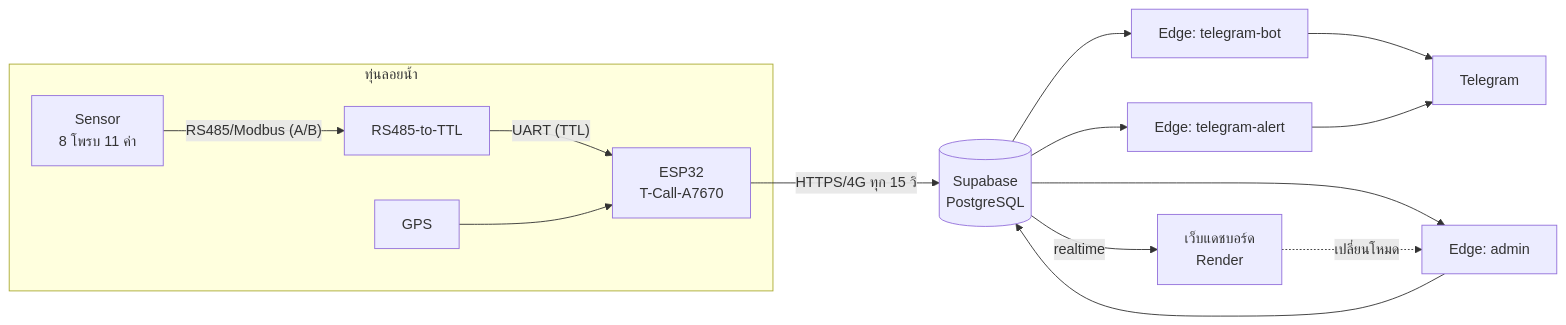
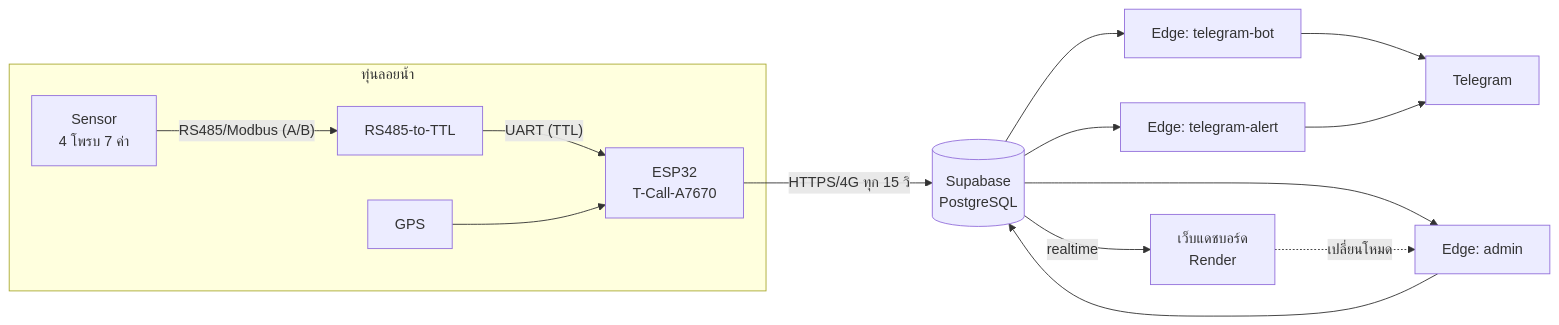
One commit to MERMAX04/Real-time-Marine-Water-Quality-Monitoring-Buoy-System changed the first of 10 diagrams in 5-extensions/07-thesis-chapters.md. Above: the diagram before and after it, drawn with Mermaid. The commit also changed other lines of this file and 11 other files, not shown here.

````diff
--- a/5-extensions/07-thesis-chapters.md
+++ b/5-extensions/07-thesis-chapters.md
@@ -15,17 +15,17 @@
 ```mermaid
 flowchart LR
   subgraph Buoy["ทุ่นลอยน้ำ"]
-    S[Sensor<br/>8 โพรบ 11 ค่า] -- "RS485/Modbus (A/B)" --> R[RS485-to-TTL]
+    S[Sensor<br/>4 โพรบ 7 ค่า] -- "RS485/Modbus (A/B)" --> R[RS485-to-TTL]
     R -- "UART (TTL)" --> E[ESP32<br/>T-Call-A7670]
     G[GPS] --> E
   end
   E -- "HTTPS/4G ทุก 15 วิ" --> DB[(Supabase<br/>PostgreSQL)]
   DB --> F1[Edge: telegram-bot]
   DB --> F2[Edge: telegram-alert]
   DB --> F3[Edge: admin]
   DB -- realtime --> W[เว็บแดชบอร์ด<br/>Render]
   F1 --> TG[Telegram]
   F2 --> TG
   W -.เปลี่ยนโหมด.-> F3
   F3 --> DB
 ```
````
